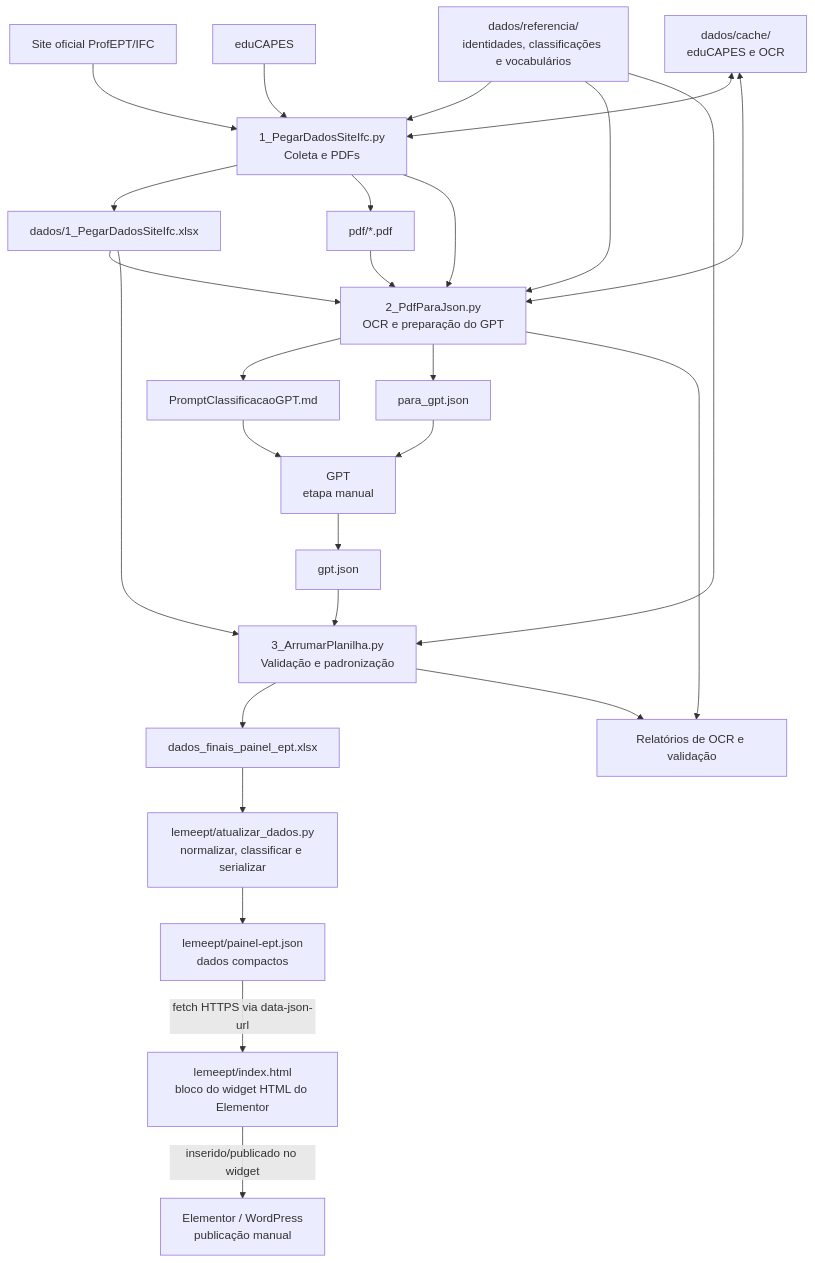
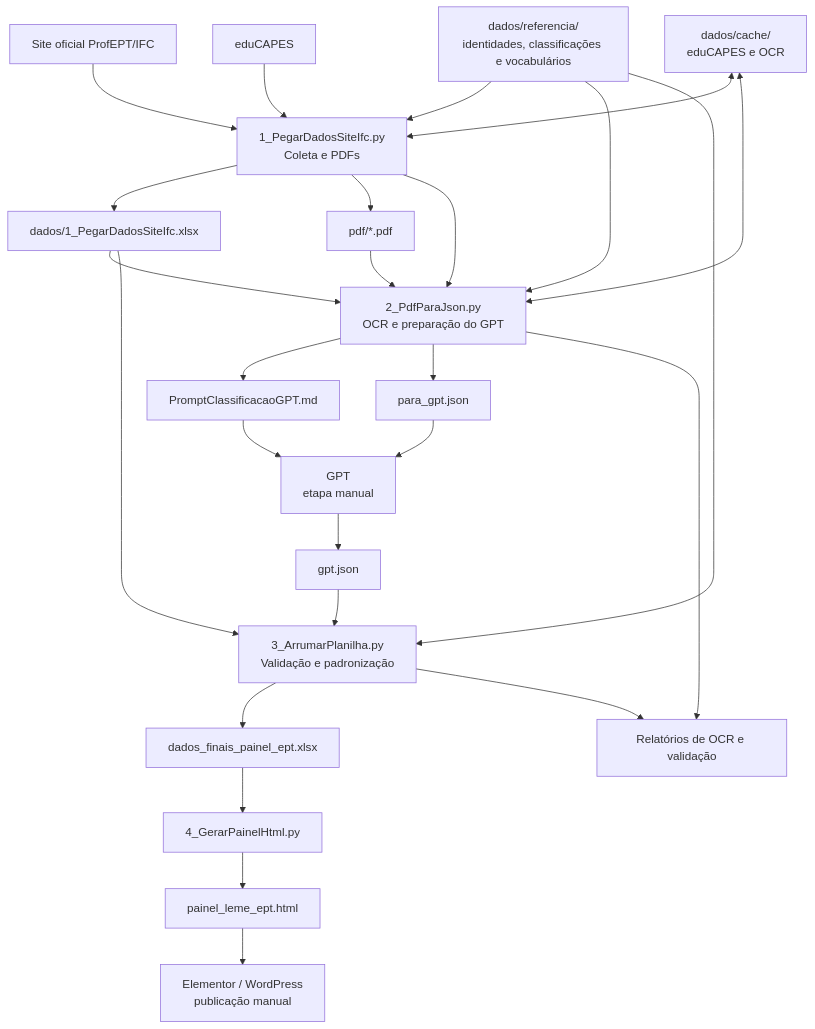
One commit to regi-lpf/lemeept changed the first of 8 diagrams in DIAGRAMAS.md. Above: the diagram before and after it, drawn with Mermaid. The commit also changed other lines of this file and 23 other files, not shown here.

````diff
--- a/DIAGRAMAS.md
+++ b/DIAGRAMAS.md
@@ -110,49 +9,47 @@
 ```mermaid
 flowchart TD
     SITE["Site oficial ProfEPT/IFC"]
     EDU["eduCAPES"]
     E1["1_PegarDadosSiteIfc.py<br/>Coleta e PDFs"]
     REF["dados/referencia/<br/>identidades, classificações e vocabulários"]
     XLS1["dados/1_PegarDadosSiteIfc.xlsx"]
     PDF["pdf/*.pdf"]
     E2["2_PdfParaJson.py<br/>OCR e preparação do GPT"]
     CACHE["dados/cache/<br/>eduCAPES e OCR"]
     PROMPT["PromptClassificacaoGPT.md"]
     JSONIN["para_gpt.json"]
     GPT["GPT<br/>etapa manual"]
     JSONOUT["gpt.json"]
     E3["3_ArrumarPlanilha.py<br/>Validação e padronização"]
     XLS2["dados_finais_painel_ept.xlsx"]
     REL["Relatórios de OCR e validação"]
-    PIPE["lemeept/atualizar_dados.py<br/>normalizar, classificar e serializar"]
-    JSONP["lemeept/painel-ept.json<br/>dados compactos"]
-    HTML["lemeept/index.html<br/>bloco do widget HTML do Elementor"]
+    E4["4_GerarPainelHtml.py"]
+    HTML["painel_leme_ept.html"]
     WP["Elementor / WordPress<br/>publicação manual"]
 
     SITE --> E1
     EDU --> E1
     REF --> E1
     E1 --> XLS1
     E1 --> PDF
     E1 --> E2
     XLS1 --> E2
     PDF --> E2
     REF --> E2
     CACHE <--> E1
     CACHE <--> E2
     E2 --> PROMPT
     E2 --> JSONIN
     E2 --> REL
     PROMPT --> GPT
     JSONIN --> GPT
     GPT --> JSONOUT
     JSONOUT --> E3
     XLS1 --> E3
     REF --> E3
     E3 --> XLS2
     E3 --> REL
-    XLS2 --> PIPE
-    PIPE --> JSONP
-    HTML -->|inserido/publicado no widget| WP
-    JSONP -->|fetch HTTPS via data-json-url| HTML
+    XLS2 --> E4
+    E4 --> HTML
+    HTML --> WP
 ```
````
